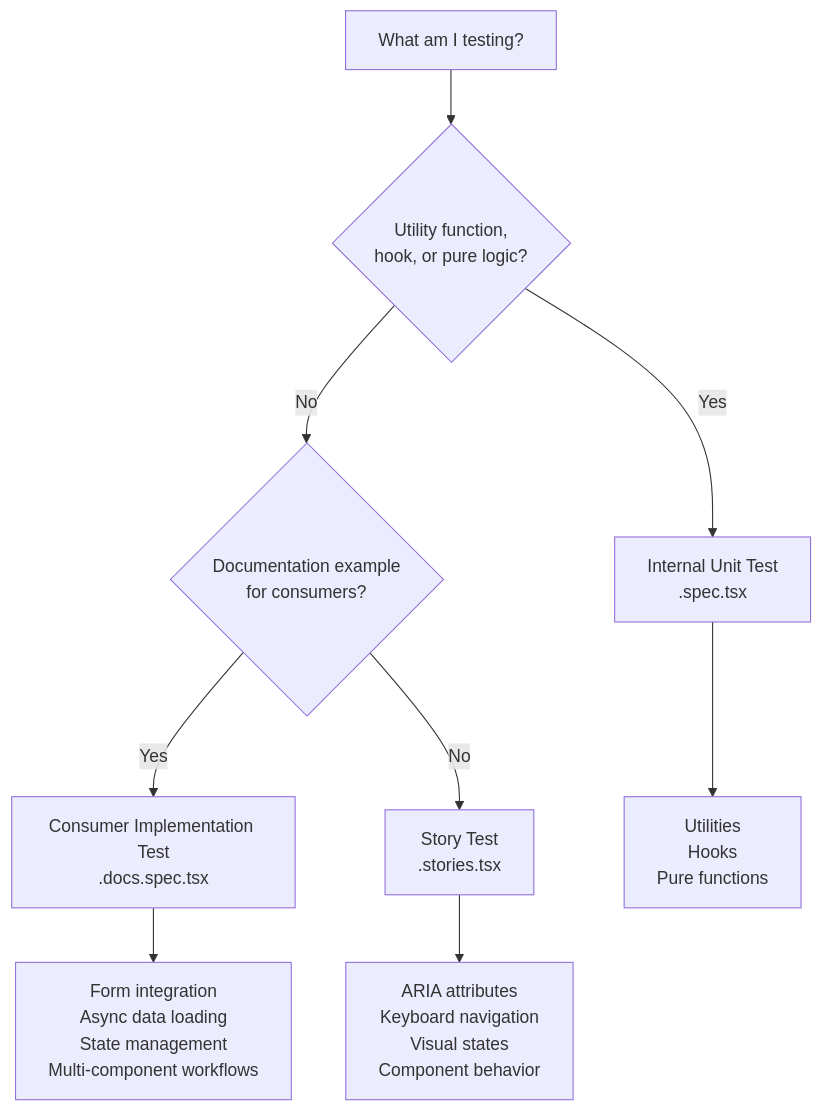
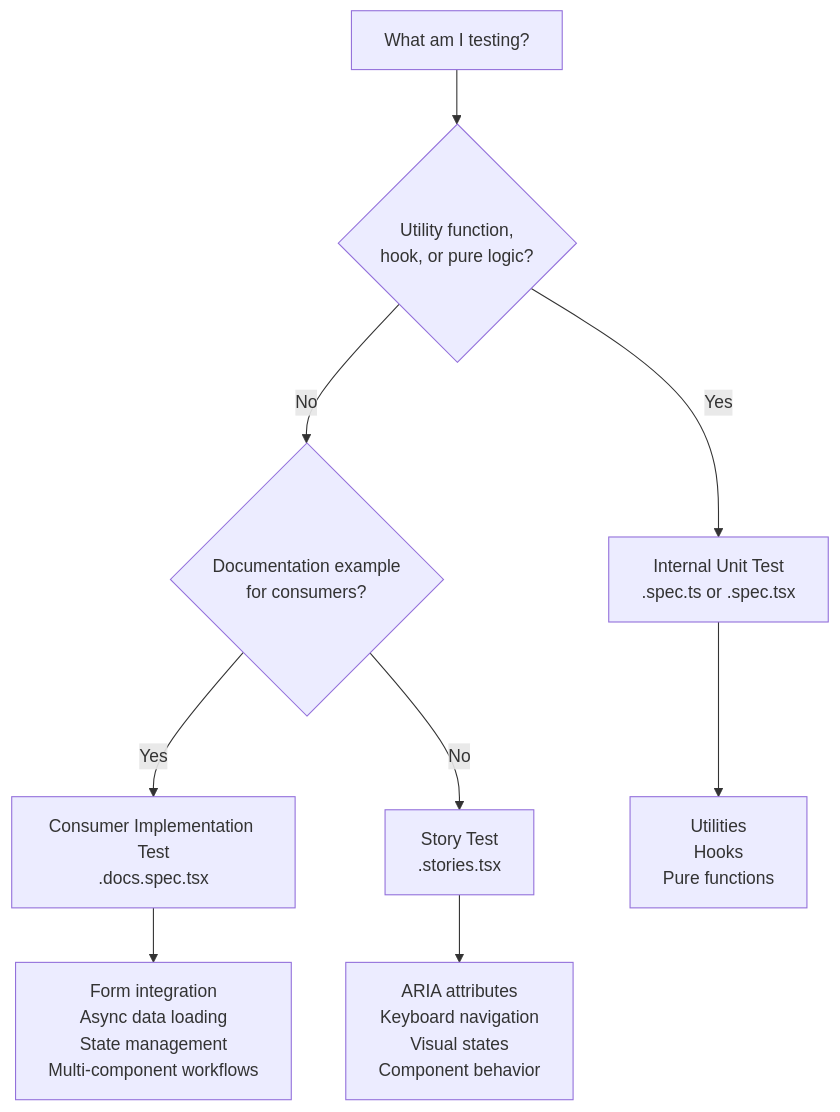
One commit to commercetools/nimbus changed the diagram in docs/file-type-guidelines/testing-strategy.md. Above: the diagram before and after it, drawn with Mermaid. The commit also changed other lines of this file and 5 other files, not shown here.

First line of the commit message:
docs(testing): resolve the unit-test extension conflict

````diff
--- a/docs/file-type-guidelines/testing-strategy.md
+++ b/docs/file-type-guidelines/testing-strategy.md
@@ -160,16 +173,16 @@
 ```mermaid
 flowchart TD
     Start[What am I testing?] --> Q1{Utility function,<br/>hook, or pure logic?}
 
-    Q1 -->|Yes| Unit[Internal Unit Test<br/>.spec.tsx]
+    Q1 -->|Yes| Unit[Internal Unit Test<br/>.spec.ts or .spec.tsx]
     Q1 -->|No| Q2{Documentation example<br/>for consumers?}
 
     Q2 -->|Yes| Consumer[Consumer Implementation Test<br/>.docs.spec.tsx]
     Q2 -->|No| Story[Story Test<br/>.stories.tsx]
 
     Consumer --> C1[Form integration<br/>Async data loading<br/>State management<br/>Multi-component workflows]
 
     Story --> S1[ARIA attributes<br/>Keyboard navigation<br/>Visual states<br/>Component behavior]
 
     Unit --> U1[Utilities<br/>Hooks<br/>Pure functions]
 ```
````
